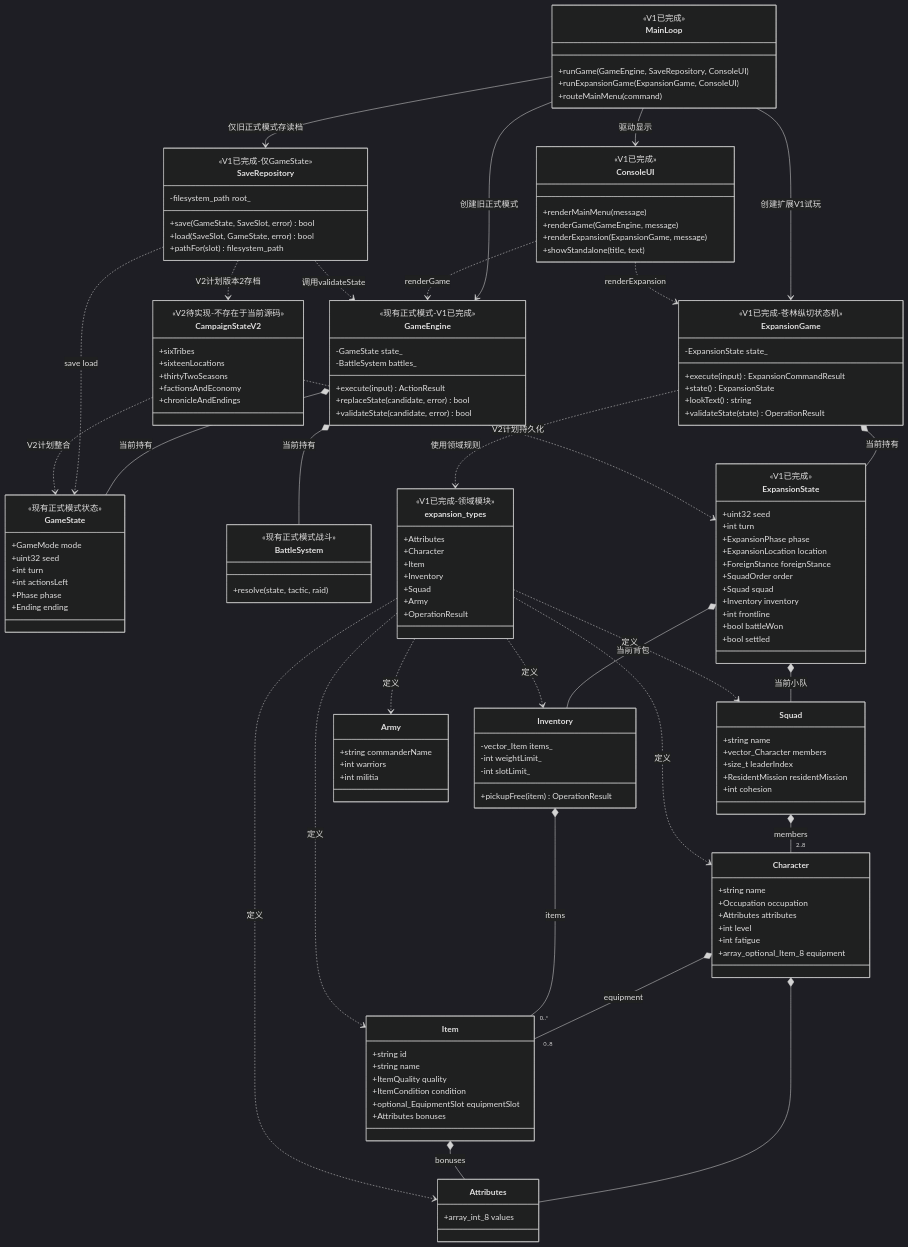
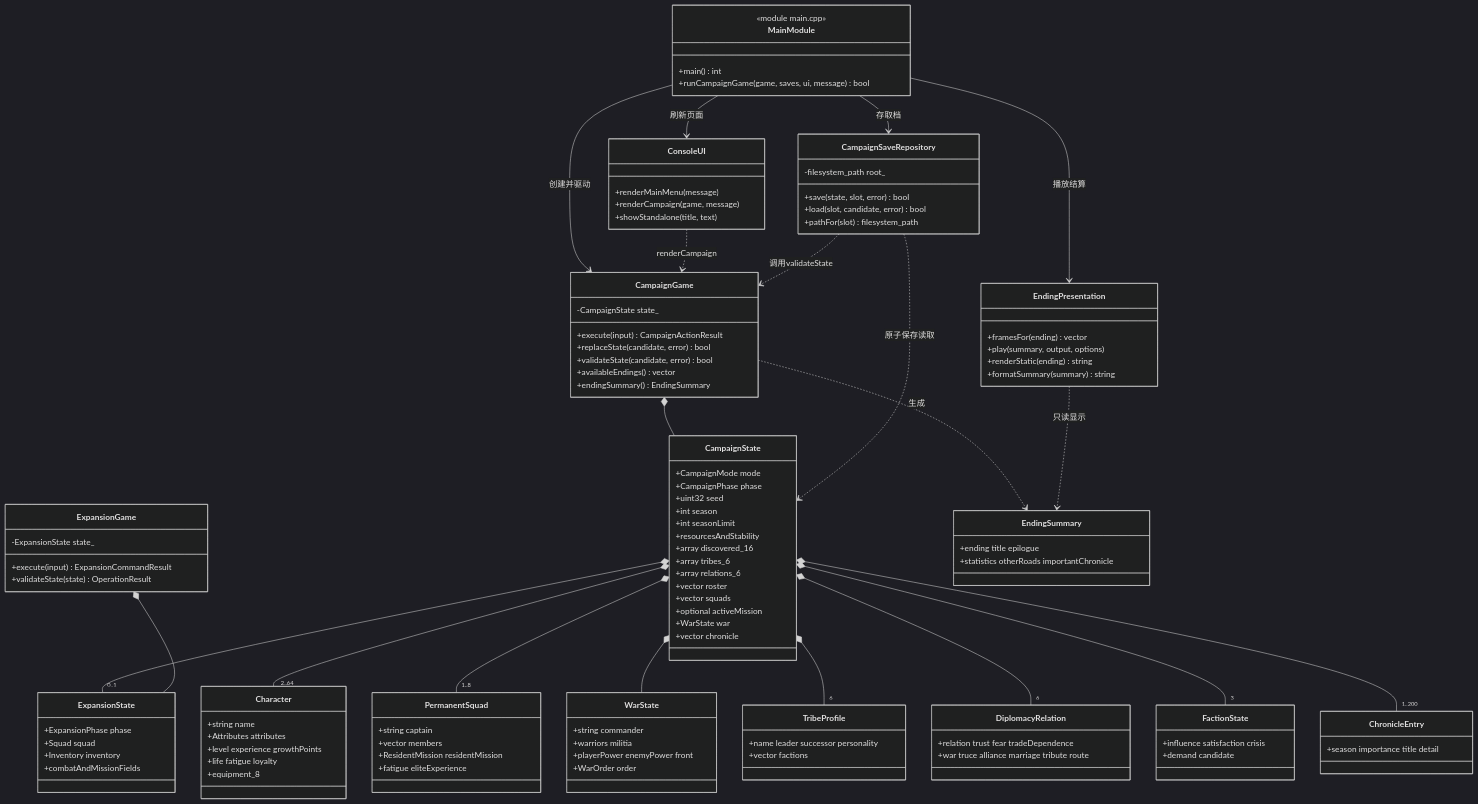
The diagram in formal/docs/diagrams/expanded/03-class-diagram-expanded.mmd (gs8-79/new-game), drawn with Mermaid (dark theme) before and after one commit. The commit also changed 38 other files, not shown here.

Commit message:
feat: deliver Tribe Dawn expansion V2

```diff
--- a/formal/docs/diagrams/expanded/03-class-diagram-expanded.mmd
+++ b/formal/docs/diagrams/expanded/03-class-diagram-expanded.mmd
@@ -1,154 +1,116 @@
 classDiagram
-    class MainLoop {
-      <<V1已完成>>
-      +runGame(GameEngine, SaveRepository, ConsoleUI)
-      +runExpansionGame(ExpansionGame, ConsoleUI)
-      +routeMainMenu(command)
+    class MainModule {
+      <<module main.cpp>>
+      +main() int
+      +runCampaignGame(game, saves, ui, message) bool
     }
-
-    class GameEngine {
-      <<现有正式模式-V1已完成>>
-      -GameState state_
-      -BattleSystem battles_
-      +execute(input) ActionResult
+    class ConsoleUI {
+      +renderMainMenu(message)
+      +renderCampaign(game, message)
+      +showStandalone(title, text)
+    }
+    class CampaignGame {
+      -CampaignState state_
+      +execute(input) CampaignActionResult
       +replaceState(candidate, error) bool
       +validateState(candidate, error) bool
+      +availableEndings() vector
+      +endingSummary() EndingSummary
     }
-    class GameState {
-      <<现有正式模式状态>>
-      +GameMode mode
+    class CampaignState {
+      +CampaignMode mode
+      +CampaignPhase phase
       +uint32 seed
-      +int turn
-      +int actionsLeft
-      +Phase phase
-      +Ending ending
+      +int season
+      +int seasonLimit
+      +resourcesAndStability
+      +array discovered_16
+      +array tribes_6
+      +array relations_6
+      +vector roster
+      +vector squads
+      +optional activeMission
+      +WarState war
+      +vector chronicle
     }
-    class BattleSystem {
-      <<现有正式模式战斗>>
-      +resolve(state, tactic, raid)
-    }
-    class SaveRepository {
-      <<V1已完成-仅GameState>>
+    class CampaignSaveRepository {
       -filesystem_path root_
-      +save(GameState, SaveSlot, error) bool
-      +load(SaveSlot, GameState, error) bool
+      +save(state, slot, error) bool
+      +load(slot, candidate, error) bool
       +pathFor(slot) filesystem_path
     }
-    class ConsoleUI {
-      <<V1已完成>>
-      +renderMainMenu(message)
-      +renderGame(GameEngine, message)
-      +renderExpansion(ExpansionGame, message)
-      +showStandalone(title, text)
+    class EndingPresentation {
+      +framesFor(ending) vector
+      +play(summary, output, options)
+      +renderStatic(ending) string
+      +formatSummary(summary) string
     }
-
     class ExpansionGame {
-      <<V1已完成-苍林纵切状态机>>
       -ExpansionState state_
       +execute(input) ExpansionCommandResult
-      +state() ExpansionState
-      +lookText() string
       +validateState(state) OperationResult
     }
     class ExpansionState {
-      <<V1已完成>>
-      +uint32 seed
-      +int turn
       +ExpansionPhase phase
-      +ExpansionLocation location
-      +ForeignStance foreignStance
-      +SquadOrder order
       +Squad squad
       +Inventory inventory
-      +int frontline
-      +bool battleWon
-      +bool settled
-    }
-    class expansion_types {
-      <<V1已完成-领域模块>>
-      +Attributes
-      +Character
-      +Item
-      +Inventory
-      +Squad
-      +Army
-      +OperationResult
-    }
-    class Attributes {
-      +array_int_8 values
+      +combatAndMissionFields
     }
     class Character {
       +string name
-      +Occupation occupation
       +Attributes attributes
-      +int level
-      +int fatigue
-      +array_optional_Item_8 equipment
+      +level experience growthPoints
+      +life fatigue loyalty
+      +equipment_8
     }
-    class Squad {
-      +string name
-      +vector_Character members
-      +size_t leaderIndex
+    class PermanentSquad {
+      +string captain
+      +vector members
       +ResidentMission residentMission
-      +int cohesion
+      +fatigue eliteExperience
     }
-    class Inventory {
-      -vector_Item items_
-      -int weightLimit_
-      -int slotLimit_
-      +pickupFree(item) OperationResult
+    class WarState {
+      +string commander
+      +warriors militia
+      +playerPower enemyPower front
+      +WarOrder order
     }
-    class Item {
-      +string id
-      +string name
-      +ItemQuality quality
-      +ItemCondition condition
-      +optional_EquipmentSlot equipmentSlot
-      +Attributes bonuses
+    class TribeProfile {
+      +name leader successor personality
+      +vector factions
     }
-    class Army {
-      +string commanderName
-      +int warriors
-      +int militia
+    class DiplomacyRelation {
+      +relation trust fear tradeDependence
+      +war truce alliance marriage tribute route
+    }
+    class FactionState {
+      +influence satisfaction crisis
+      +demand candidate
+    }
+    class ChronicleEntry {
+      +season importance title detail
+    }
+    class EndingSummary {
+      +ending title epilogue
+      +statistics otherRoads importantChronicle
     }
 
-    class CampaignStateV2 {
-      <<V2待实现-不存在于当前源码>>
-      +sixTribes
-      +sixteenLocations
-      +thirtyTwoSeasons
-      +factionsAndEconomy
-      +chronicleAndEndings
-    }
-
-    MainLoop --> GameEngine : 创建旧正式模式
-    MainLoop --> ExpansionGame : 创建扩展V1试玩
-    MainLoop --> SaveRepository : 仅旧正式模式存读档
-    MainLoop --> ConsoleUI : 驱动显示
-    ConsoleUI ..> GameEngine : renderGame
-    ConsoleUI ..> ExpansionGame : renderExpansion
-
-    GameEngine *-- GameState : 当前持有
-    GameEngine *-- BattleSystem : 当前持有
-    SaveRepository ..> GameState : save load
-    SaveRepository ..> GameEngine : 调用validateState
-
-    ExpansionGame *-- ExpansionState : 当前持有
-    ExpansionGame ..> expansion_types : 使用领域规则
-    ExpansionState *-- Squad : 当前小队
-    ExpansionState *-- Inventory : 当前背包
-    Squad *-- "2..8" Character : members
-    Character *-- Attributes
-    Character *-- "0..8" Item : equipment
-    Inventory *-- "0..*" Item : items
-    Item *-- Attributes : bonuses
-    expansion_types ..> Attributes : 定义
-    expansion_types ..> Character : 定义
-    expansion_types ..> Squad : 定义
-    expansion_types ..> Inventory : 定义
-    expansion_types ..> Item : 定义
-    expansion_types ..> Army : 定义
-
-    CampaignStateV2 ..> GameState : V2计划整合
-    CampaignStateV2 ..> ExpansionState : V2计划持久化
-    SaveRepository ..> CampaignStateV2 : V2计划版本2存档
+    MainModule --> CampaignGame : 创建并驱动
+    MainModule --> ConsoleUI : 刷新页面
+    MainModule --> CampaignSaveRepository : 存取档
+    MainModule --> EndingPresentation : 播放结算
+    ConsoleUI ..> CampaignGame : renderCampaign
+    CampaignGame *-- CampaignState
+    CampaignGame ..> EndingSummary : 生成
+    CampaignSaveRepository ..> CampaignState : 原子保存读取
+    CampaignSaveRepository ..> CampaignGame : 调用validateState
+    EndingPresentation ..> EndingSummary : 只读显示
+    CampaignState *-- "0..1" ExpansionState
+    ExpansionGame *-- ExpansionState
+    CampaignState *-- "2..64" Character
+    CampaignState *-- "1..8" PermanentSquad
+    CampaignState *-- WarState
+    CampaignState *-- "6" TribeProfile
+    CampaignState *-- "6" DiplomacyRelation
+    CampaignState *-- "3" FactionState
+    CampaignState *-- "1..200" ChronicleEntry
```
